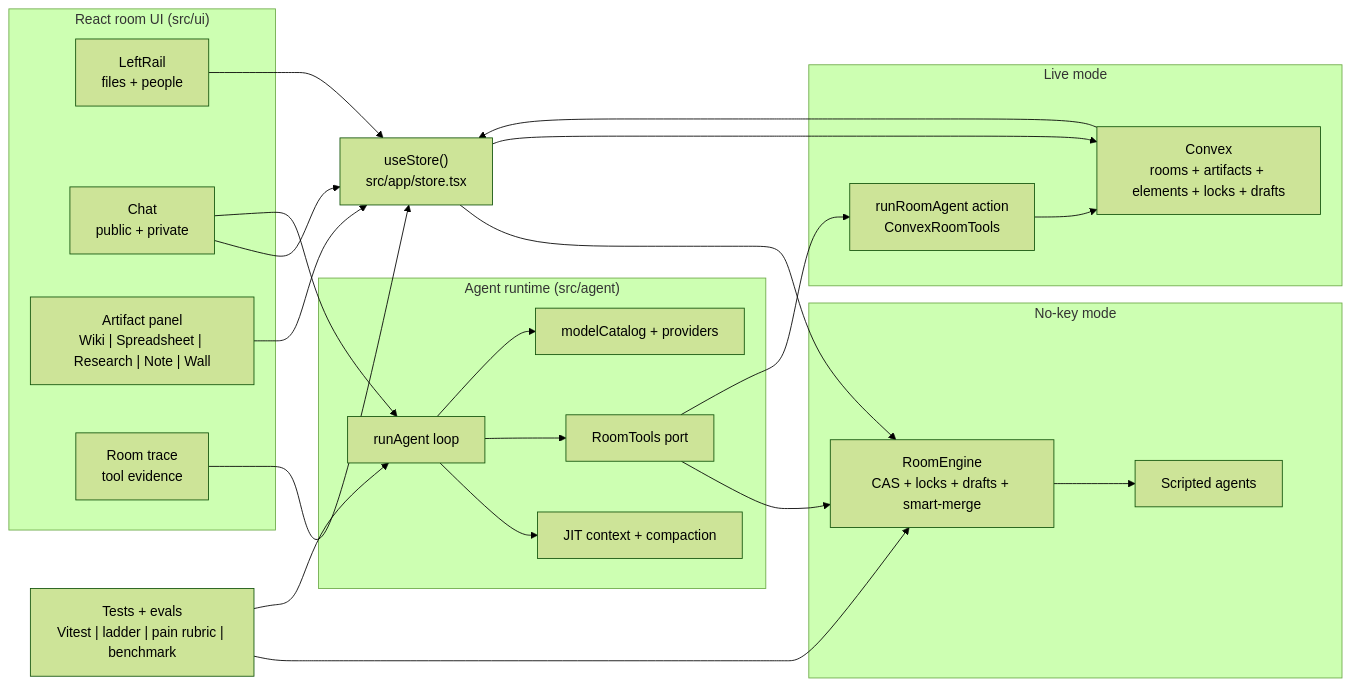
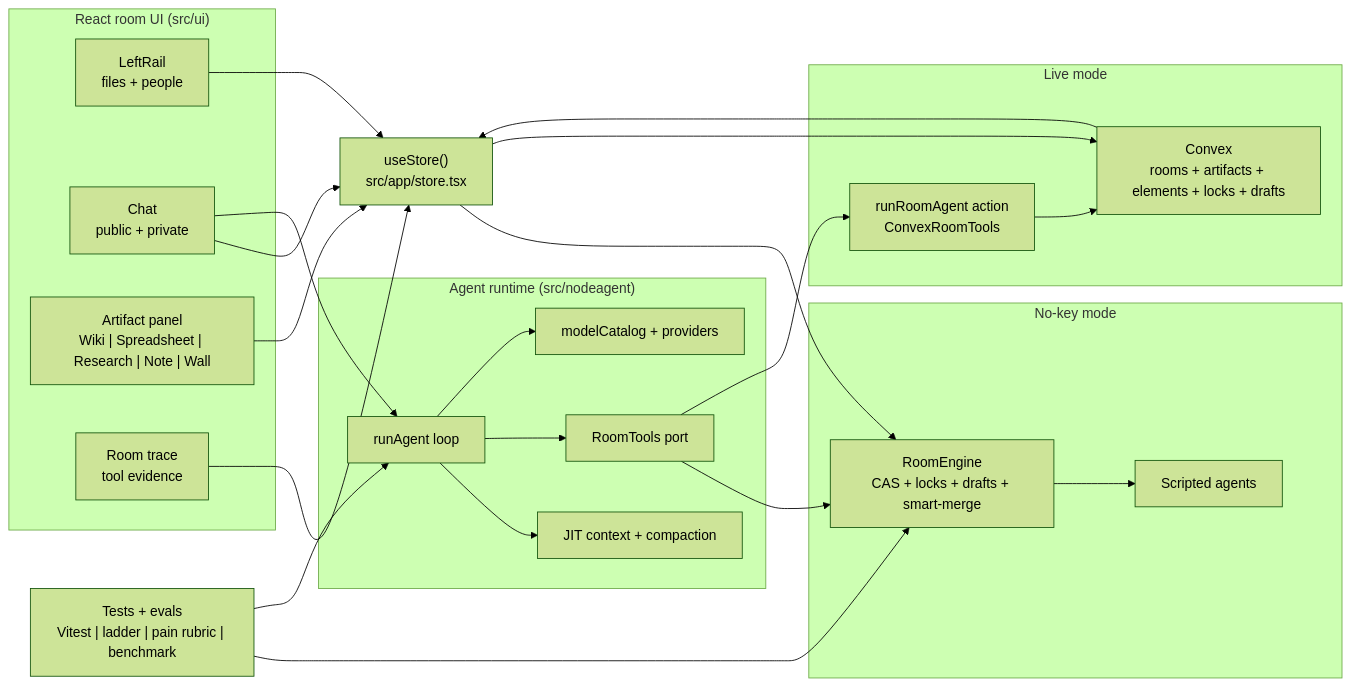
One commit to HomenShum/noderoom changed the second of 4 diagrams in README.md. Above: the diagram before and after it, drawn with Mermaid (forest theme). The commit also changed other lines of this file and 158 other files, not shown here.

First line of the commit message:
Promote src/nodeagent as the canonical runtime

````diff
--- a/README.md
+++ b/README.md
@@ -648,48 +652,48 @@
 ```mermaid
 flowchart LR
   subgraph Client["React room UI (src/ui)"]
     LeftRail["LeftRail<br/>files + people"]
     Chat["Chat<br/>public + private"]
     ArtifactPanel["Artifact panel<br/>Wiki | Spreadsheet | Research | Note | Wall"]
     Trace["Room trace<br/>tool evidence"]
   end
 
   Store["useStore()<br/>src/app/store.tsx"]
 
   subgraph MemoryMode["No-key mode"]
     RoomEngine["RoomEngine<br/>CAS + locks + drafts + smart-merge"]
     ScriptedAgents["Scripted agents"]
   end
 
   subgraph LiveMode["Live mode"]
     Convex["Convex<br/>rooms + artifacts + elements + locks + drafts"]
     AgentAction["runRoomAgent action<br/>ConvexRoomTools"]
   end
 
-  subgraph AgentRuntime["Agent runtime (src/agent)"]
+  subgraph AgentRuntime["Agent runtime (src/nodeagent)"]
     Loop["runAgent loop"]
     Context["JIT context + compaction"]
     Tools["RoomTools port"]
     Models["modelCatalog + providers"]
   end
 
   Evals["Tests + evals<br/>Vitest | ladder | pain rubric | benchmark"]
 
   LeftRail --> Store
   Chat --> Store
   ArtifactPanel --> Store
   Trace --> Store
   Store --> RoomEngine
   Store --> Convex
   RoomEngine --> ScriptedAgents
   Chat --> Loop
   Loop --> Context
   Loop --> Tools
   Loop --> Models
   Tools --> RoomEngine
   Tools --> AgentAction
   AgentAction --> Convex
   Convex --> Store
   Evals --> RoomEngine
   Evals --> Loop
 ```
````
